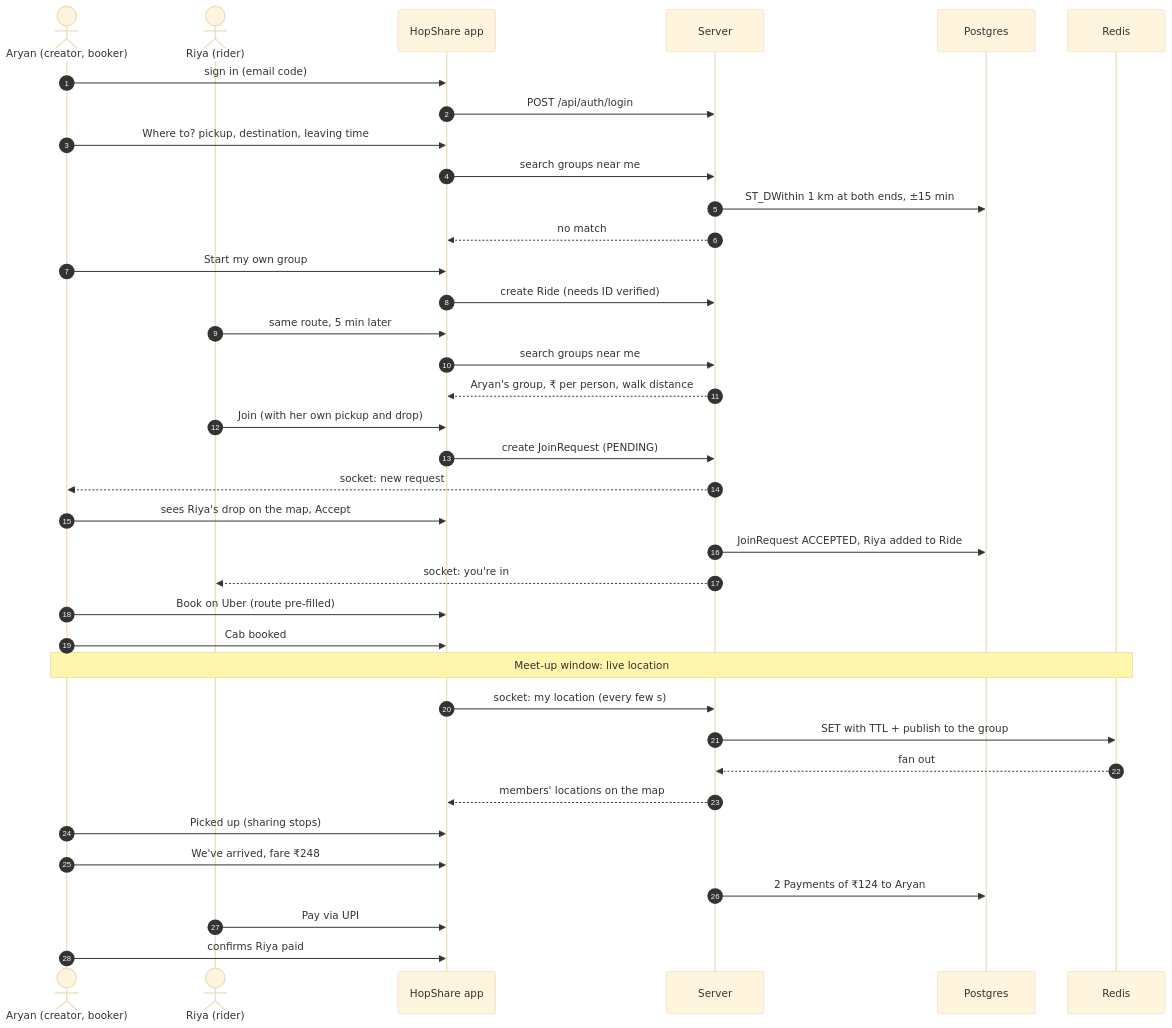
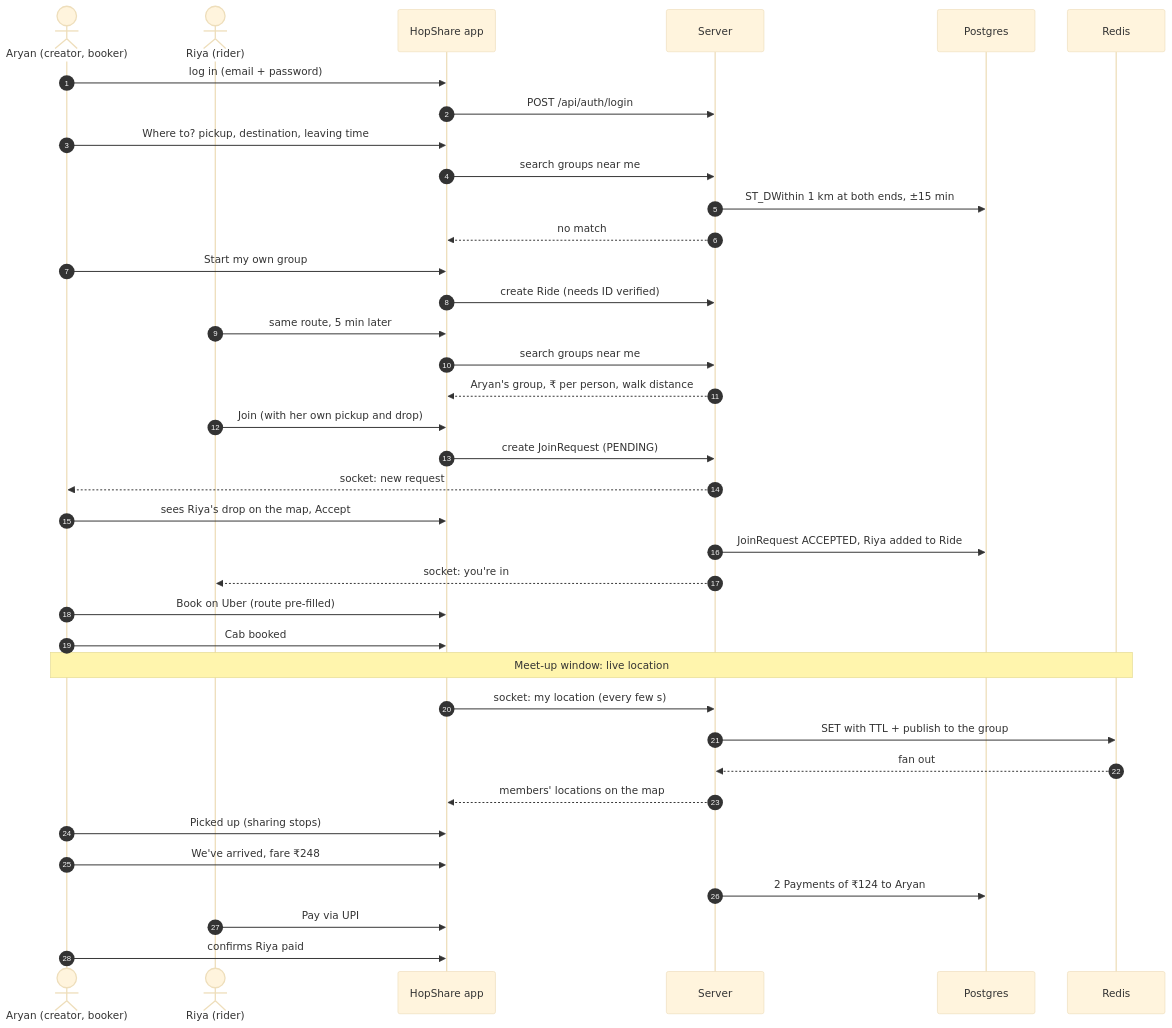
Before and after one commit to yatinsingh2007/HopShare: the second of 14 diagrams in README.md, drawn with Mermaid (base theme). The commit also changed other lines of this file and 9 other files, not shown here.

First line of the commit message:
feat: email + password sign-up and login, passwords in our DB

````diff
--- a/README.md
+++ b/README.md
@@ -131,42 +131,42 @@
 ```mermaid
 sequenceDiagram
     autonumber
     actor A as Aryan (creator, booker)
     actor R as Riya (rider)
     participant App as HopShare app
     participant API as Server
     participant DB as Postgres
     participant RS as Redis
 
-    A->>App: sign in (email code)
+    A->>App: log in (email + password)
     App->>API: POST /api/auth/login
     A->>App: Where to? pickup, destination, leaving time
     App->>API: search groups near me
     API->>DB: ST_DWithin 1 km at both ends, ±15 min
     API-->>App: no match
     A->>App: Start my own group
     App->>API: create Ride (needs ID verified)
 
     R->>App: same route, 5 min later
     App->>API: search groups near me
     API-->>App: Aryan's group, ₹ per person, walk distance
     R->>App: Join (with her own pickup and drop)
     App->>API: create JoinRequest (PENDING)
     API-->>A: socket: new request
     A->>App: sees Riya's drop on the map, Accept
     API->>DB: JoinRequest ACCEPTED, Riya added to Ride
     API-->>R: socket: you're in
 
     A->>App: Book on Uber (route pre-filled)
     A->>App: Cab booked
     Note over A,RS: Meet-up window: live location
     App->>API: socket: my location (every few s)
     API->>RS: SET with TTL + publish to the group
     RS-->>API: fan out
     API-->>App: members' locations on the map
     A->>App: Picked up (sharing stops)
     A->>App: We've arrived, fare ₹248
     API->>DB: 2 Payments of ₹124 to Aryan
     R->>App: Pay via UPI
     A->>App: confirms Riya paid
 ```
````
